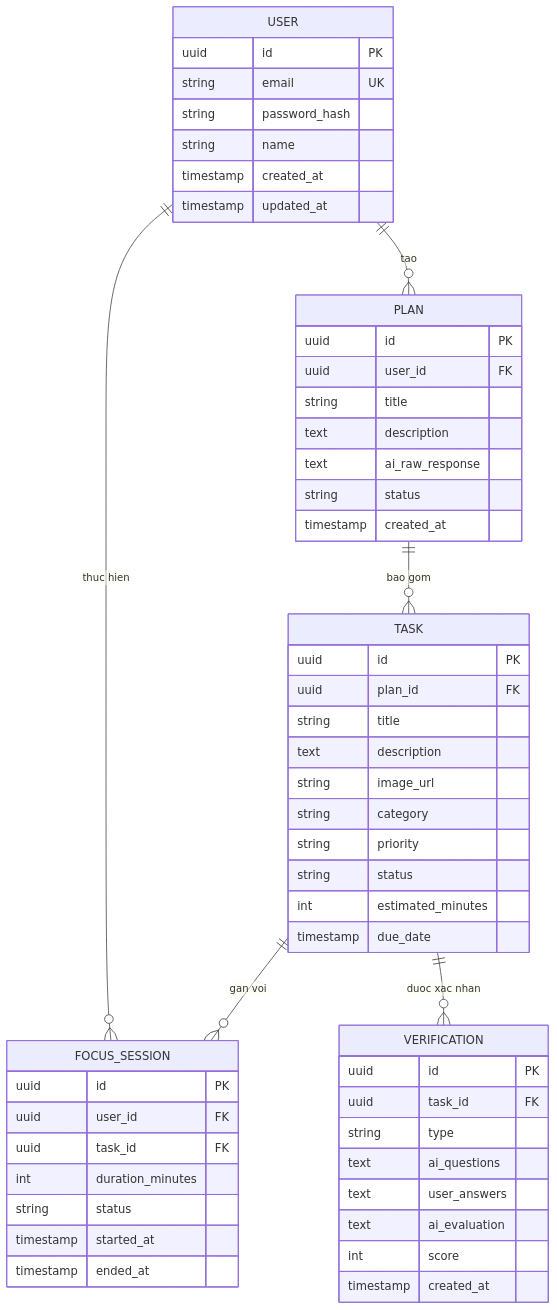
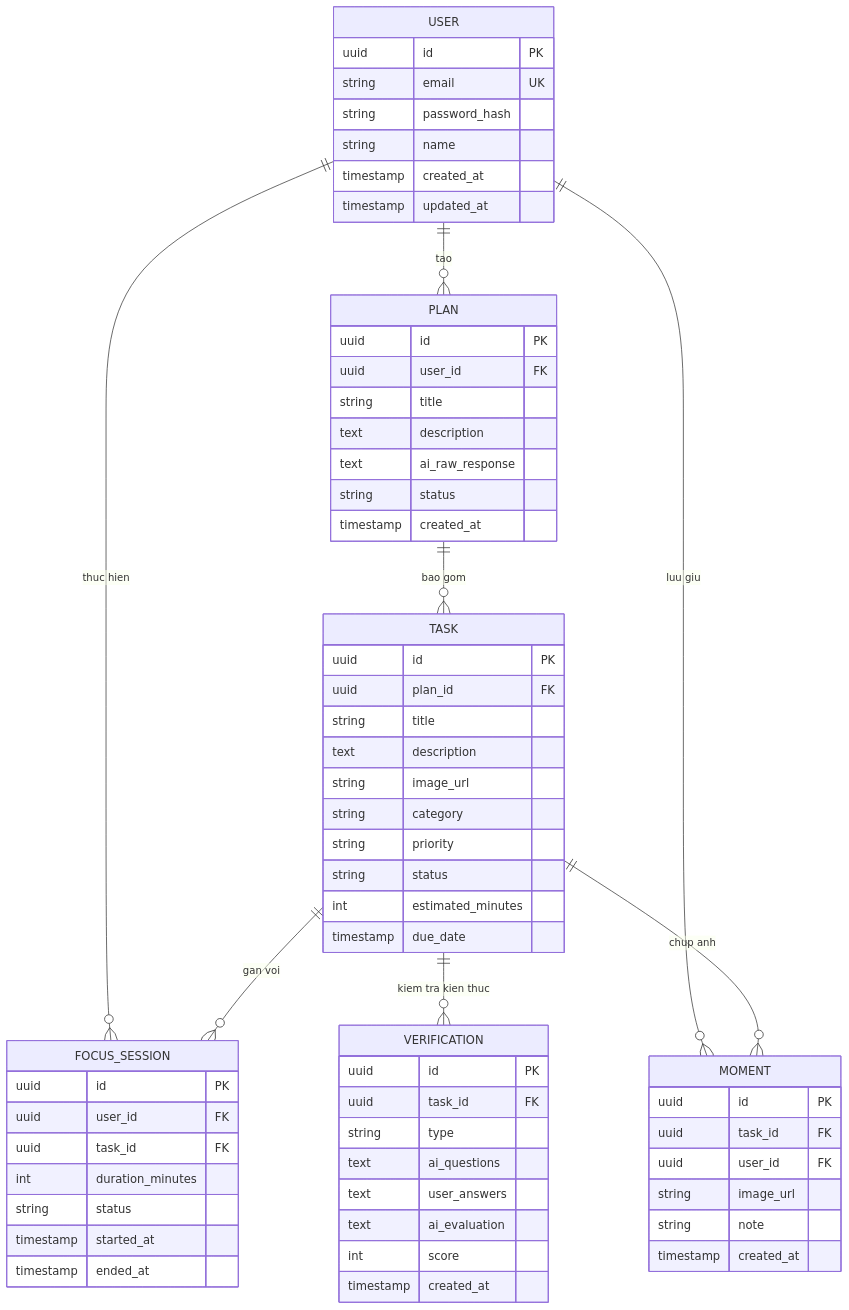
The third of 4 diagrams in docs/analysis and design/high-level-architecture.md (Lade1q/planning-ai), drawn with Mermaid before and after one commit. The commit also changed other lines of this file, not shown here.

Commit message:
docs: cập nhật kiến trúc, bổ sung Cloudflare R2 cho Moment Capture

````diff
--- a/docs/analysis and design/high-level-architecture.md
+++ b/docs/analysis and design/high-level-architecture.md
@@ -163,61 +174,72 @@
 ```mermaid
 erDiagram
     USER ||--o{ PLAN : "tao"
     USER ||--o{ FOCUS_SESSION : "thuc hien"
+    USER ||--o{ MOMENT : "luu giu"
     PLAN ||--o{ TASK : "bao gom"
     TASK ||--o{ FOCUS_SESSION : "gan voi"
-    TASK ||--o{ VERIFICATION : "duoc xac nhan"
+    TASK ||--o{ VERIFICATION : "kiem tra kien thuc"
+    TASK ||--o{ MOMENT : "chup anh"
 
     USER {
         uuid id PK
         string email UK
         string password_hash
         string name
         timestamp created_at
         timestamp updated_at
     }
 
     PLAN {
         uuid id PK
         uuid user_id FK
         string title
         text description
         text ai_raw_response
         string status
         timestamp created_at
     }
 
     TASK {
         uuid id PK
         uuid plan_id FK
         string title
         text description
         string image_url
         string category
         string priority
         string status
         int estimated_minutes
         timestamp due_date
     }
 
     FOCUS_SESSION {
         uuid id PK
         uuid user_id FK
         uuid task_id FK
         int duration_minutes
         string status
         timestamp started_at
         timestamp ended_at
     }
 
     VERIFICATION {
         uuid id PK
         uuid task_id FK
         string type
         text ai_questions
         text user_answers
         text ai_evaluation
         int score
         timestamp created_at
     }
+
+    MOMENT {
+        uuid id PK
+        uuid task_id FK
+        uuid user_id FK
+        string image_url
+        string note
+        timestamp created_at
+    }
 ```
````
